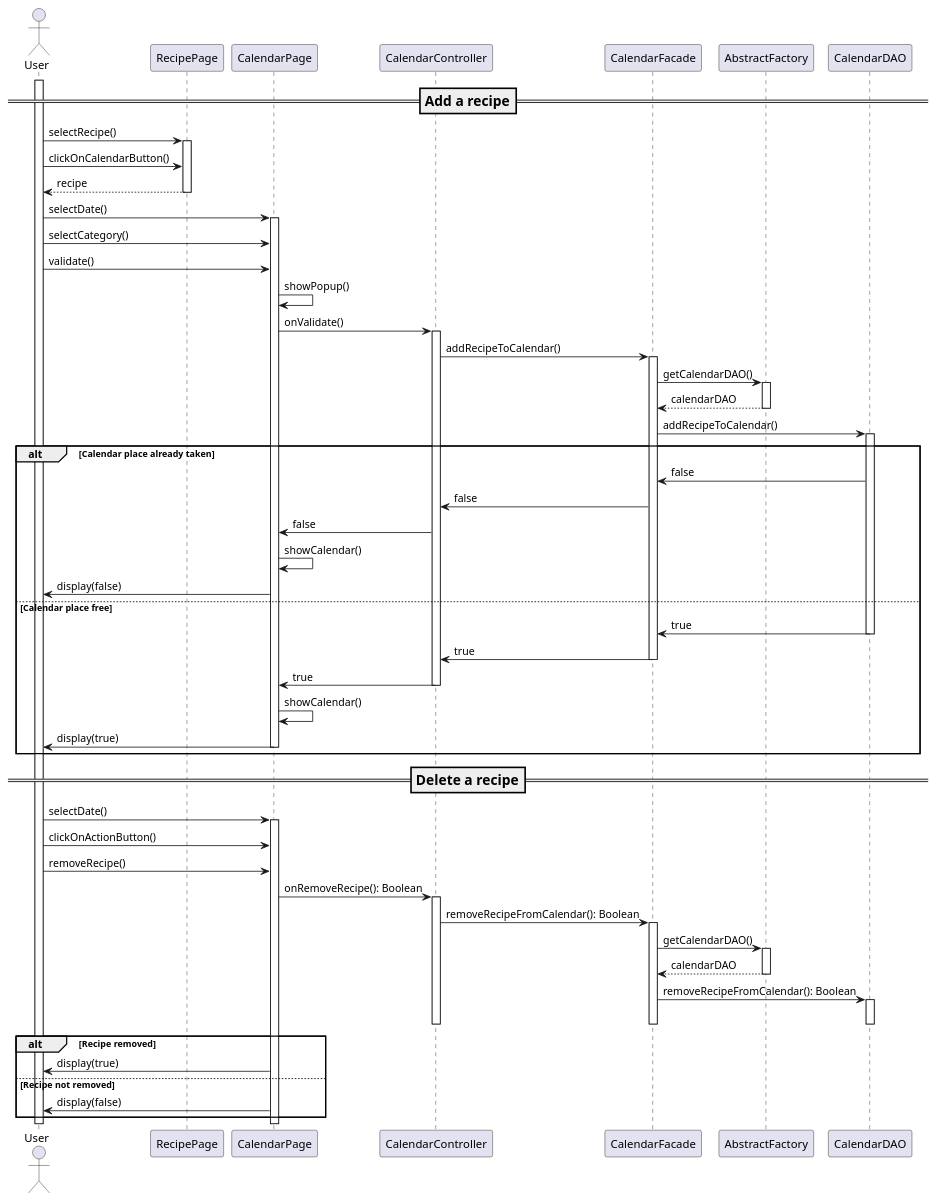
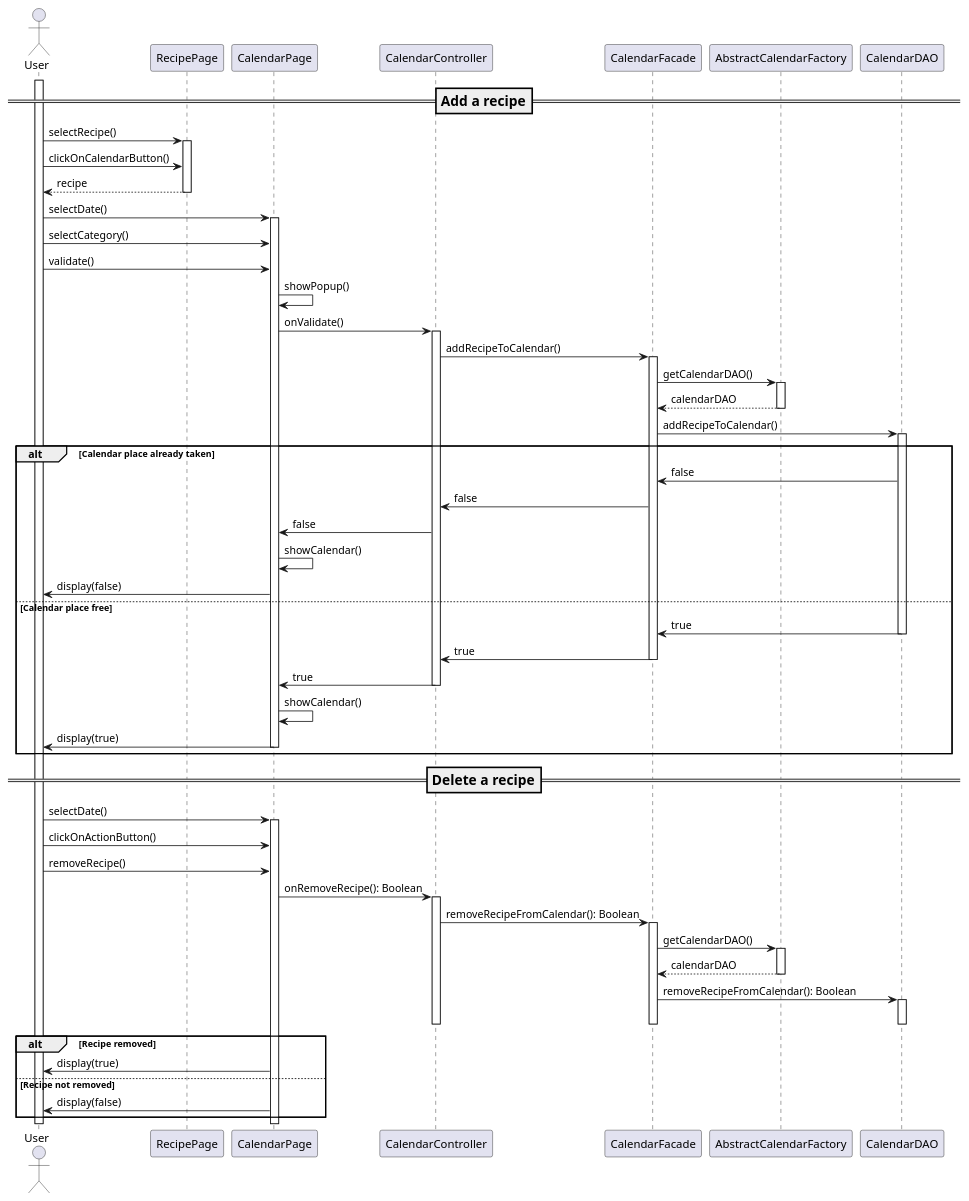
One commit to iusildra/WineCellar changed the first of 2 diagrams in doc/reports/final/calendar.plantuml. Above: the diagram before and after it, drawn with PlantUML. The commit also changed other lines of this file and 2 other files, not shown here.

Commit message:
Diagrams v2

```diff
--- a/doc/reports/final/calendar.plantuml
+++ b/doc/reports/final/calendar.plantuml
@@ -1,56 +1,56 @@
 @startuml calendarSequence
 skinparam responseMessageBelowArrow true
 
 actor User
 participant RecipePage
 participant CalendarPage
 participant CalendarController
 participant CalendarFacade
-participant AbstractFactory
+participant AbstractCalendarFactory
 participant CalendarDAO
 
 === Add a recipe ==
 activate User
 User -> RecipePage++: selectRecipe()
 User -> RecipePage: clickOnCalendarButton()
 return recipe
 User -> CalendarPage++: selectDate()
 User -> CalendarPage: selectCategory()
 User -> CalendarPage: validate()
 CalendarPage -> CalendarPage: showPopup()
 CalendarPage -> CalendarController++: onValidate()
 CalendarController -> CalendarFacade++: addRecipeToCalendar()
-CalendarFacade -> AbstractFactory++: getCalendarDAO()
+CalendarFacade -> AbstractCalendarFactory++: getCalendarDAO()
 return calendarDAO
 CalendarFacade -> CalendarDAO++: addRecipeToCalendar()
 alt Calendar place already taken
 CalendarDAO -> CalendarFacade: false
 CalendarFacade -> CalendarController: false
 CalendarController -> CalendarPage: false
 CalendarPage -> CalendarPage: showCalendar()
 CalendarPage -> User: display(false)
 else Calendar place free
 CalendarDAO -> CalendarFacade--: true
 CalendarFacade -> CalendarController--: true
 CalendarController -> CalendarPage--: true
 CalendarPage -> CalendarPage: showCalendar()
 CalendarPage -> User--: display(true)
 end
 === Delete a recipe ==
 User -> CalendarPage++: selectDate()
 User -> CalendarPage: clickOnActionButton()
 User -> CalendarPage: removeRecipe()
 CalendarPage -> CalendarController++: onRemoveRecipe(): Boolean
 CalendarController -> CalendarFacade++: removeRecipeFromCalendar(): Boolean
-CalendarFacade -> AbstractFactory++: getCalendarDAO()
+CalendarFacade -> AbstractCalendarFactory++: getCalendarDAO()
 return calendarDAO
 CalendarFacade -> CalendarDAO++: removeRecipeFromCalendar(): Boolean
 deactivate CalendarDAO
 deactivate CalendarFacade
 deactivate CalendarController
 alt Recipe removed
 CalendarPage -> User: display(true)
 else Recipe not removed
 CalendarPage -> User: display(false)
 end
 @enduml
```
